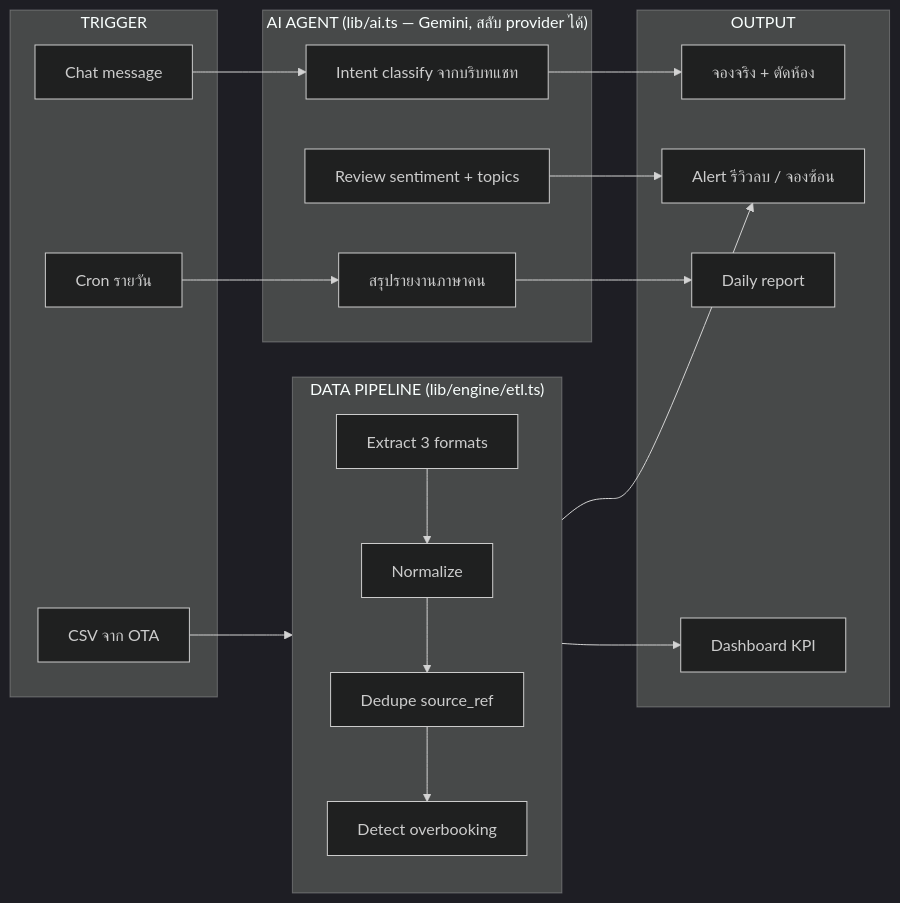
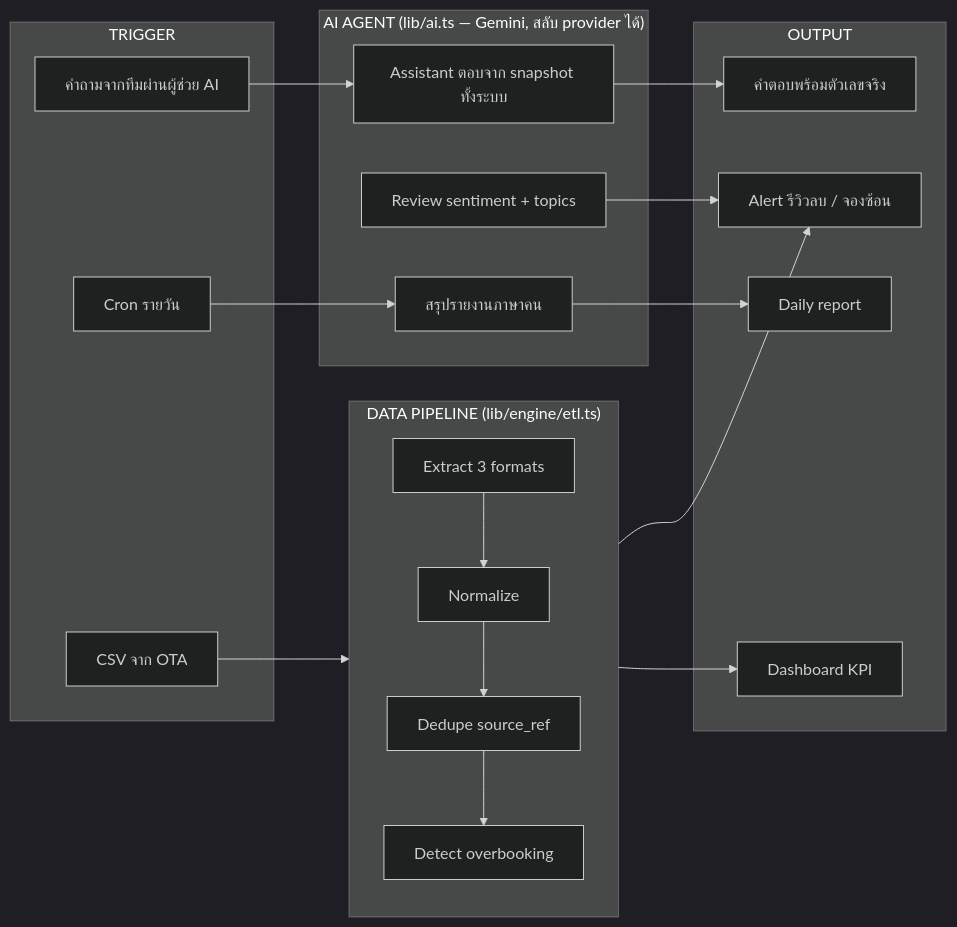
Before and after one commit to parintnk/hotel: the diagram in README.md, drawn with Mermaid (dark theme). The commit also changed other lines of this file and 11 other files, not shown here.

First line of the commit message:
Replace guest booking chat with floating AI team assistant grounded in all system data

````diff
--- a/README.md
+++ b/README.md
@@ -23,27 +24,27 @@
 ```mermaid
 flowchart LR
     subgraph TRIGGER
-        A1[Chat message]
+        A1[คำถามจากทีมผ่านผู้ช่วย AI]
         A2[Cron รายวัน]
         A3[CSV จาก OTA]
     end
     subgraph PIPELINE["DATA PIPELINE (lib/engine/etl.ts)"]
         B1[Extract 3 formats] --> B2[Normalize] --> B3[Dedupe source_ref] --> B4[Detect overbooking]
     end
     subgraph AI["AI AGENT (lib/ai.ts — Gemini, สลับ provider ได้)"]
-        C1[Intent classify จากบริบทแชท]
+        C1[Assistant ตอบจาก snapshot ทั้งระบบ]
         C2[Review sentiment + topics]
         C3[สรุปรายงานภาษาคน]
     end
     subgraph OUTPUT
-        D1[จองจริง + ตัดห้อง]
+        D1[คำตอบพร้อมตัวเลขจริง]
         D2[Dashboard KPI]
         D3[Alert รีวิวลบ / จองซ้อน]
         D4[Daily report]
     end
     A1 --> C1 --> D1
     A3 --> PIPELINE --> D3
     A2 --> C3 --> D4
     C2 --> D3
     PIPELINE --> D2
 ```
````
